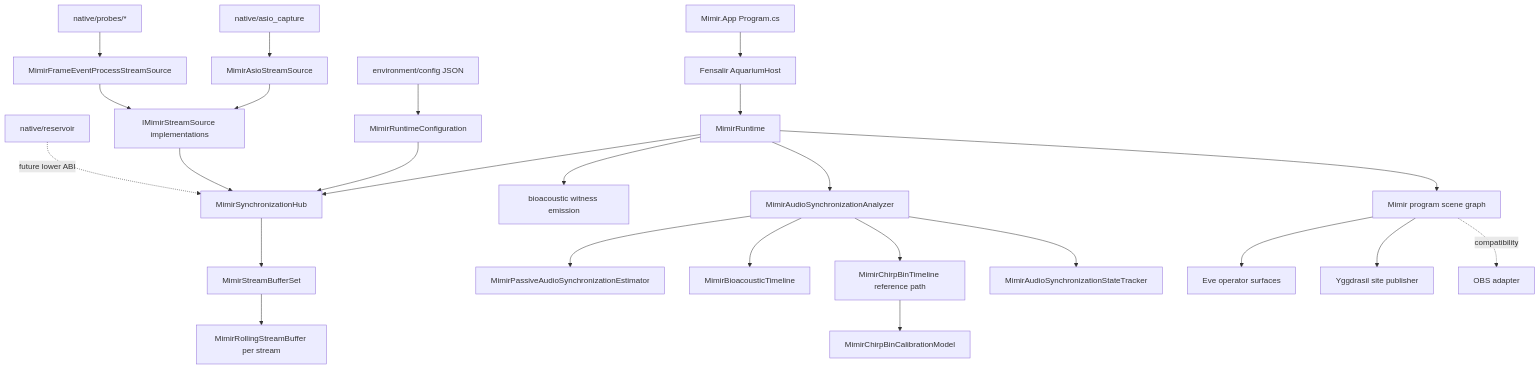
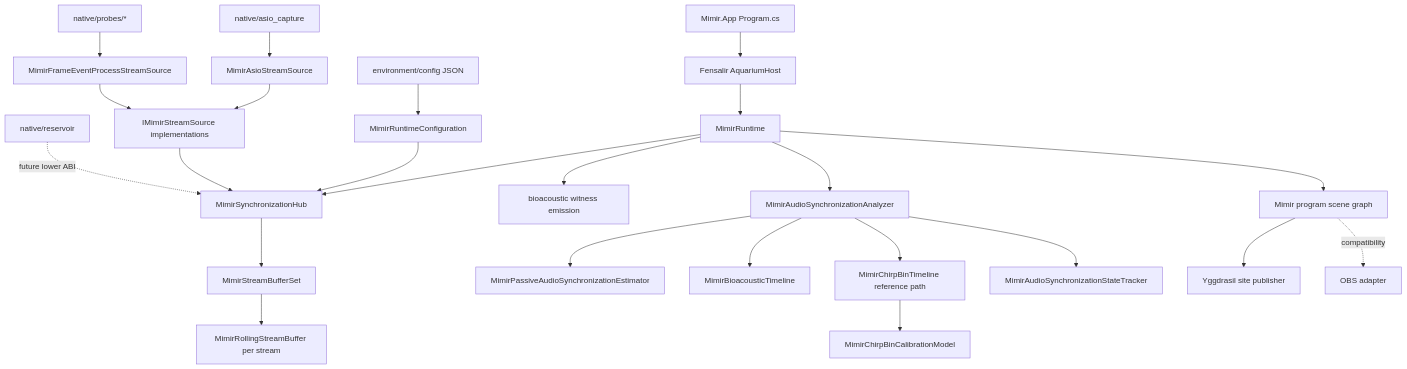
The diagram in docs/code-algorithm-map.md (GameCult/Mimir), drawn with Mermaid before and after one commit. The commit also changed other lines of this file and 14 other files, not shown here.

First line of the commit message:
Quarantine Mimir's Eve operator surface: remove EveDashboard, EveBrowserReference and their contract documents

````diff
--- a/docs/code-algorithm-map.md
+++ b/docs/code-algorithm-map.md
@@ -72,27 +70,26 @@
 ```mermaid
 flowchart TD
     App["Mimir.App Program.cs"] --> Host["Fensalir AquariumHost"]
     Host --> Runtime["MimirRuntime"]
     Runtime --> Hub["MimirSynchronizationHub"]
     Config["MimirRuntimeConfiguration"] --> Hub
     Env["environment/config JSON"] --> Config
     Sources["IMimirStreamSource implementations"] --> Hub
     Hub --> Buffers["MimirStreamBufferSet"]
     Buffers --> Rolling["MimirRollingStreamBuffer per stream"]
     Runtime --> AudioEmit["bioacoustic witness emission"]
     Runtime --> Analyzer["MimirAudioSynchronizationAnalyzer"]
     Analyzer --> Passive["MimirPassiveAudioSynchronizationEstimator"]
     Analyzer --> Bioacoustic["MimirBioacousticTimeline"]
     Analyzer --> ChirpBin["MimirChirpBinTimeline reference path"]
     ChirpBin --> Calibration["MimirChirpBinCalibrationModel"]
     Analyzer --> State["MimirAudioSynchronizationStateTracker"]
     NativeAsio["native/asio_capture"] --> AsioSource["MimirAsioStreamSource"]
     AsioSource --> Sources
     Probes["native/probes/*"] --> FrameEvents["MimirFrameEventProcessStreamSource"]
     FrameEvents --> Sources
     Runtime --> Scene["Mimir program scene graph"]
-    Scene --> Eve["Eve operator surfaces"]
     Scene --> Publisher["Yggdrasil site publisher"]
     Scene -. "compatibility" .-> Obs["OBS adapter"]
     Reservoir["native/reservoir"] -. "future lower ABI" .-> Hub
 ```
````
